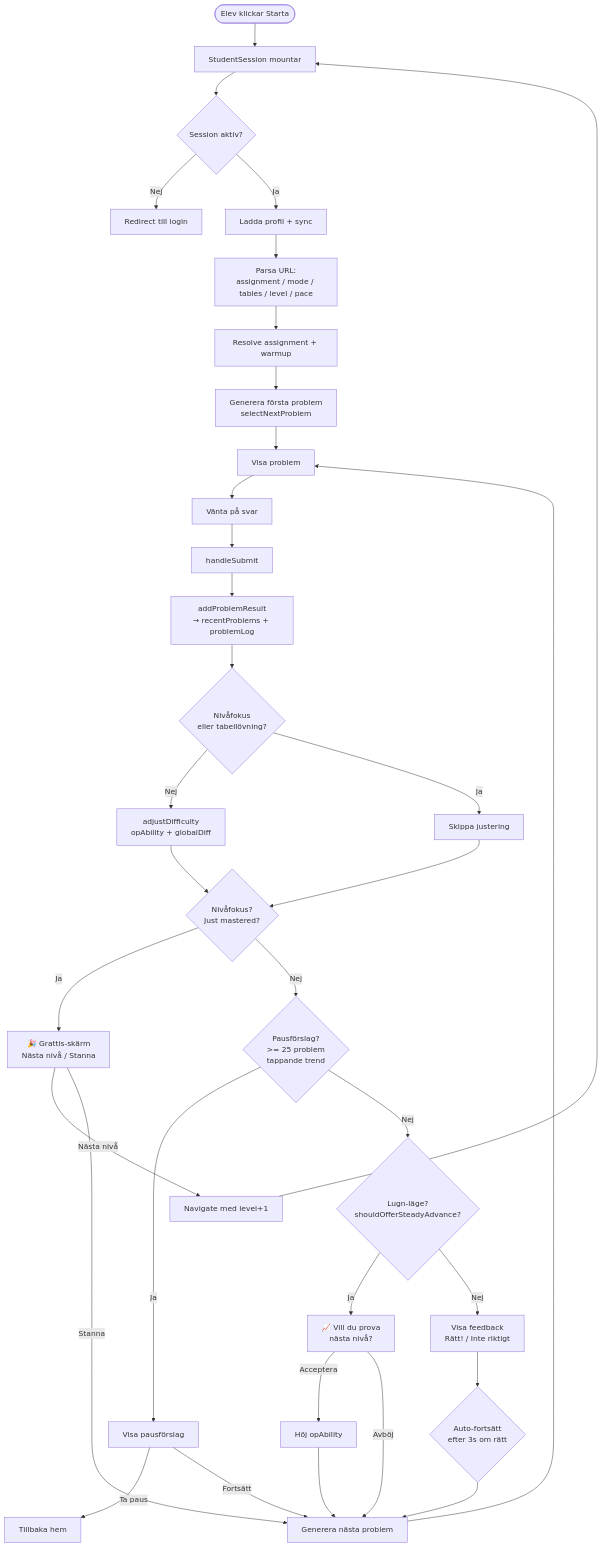
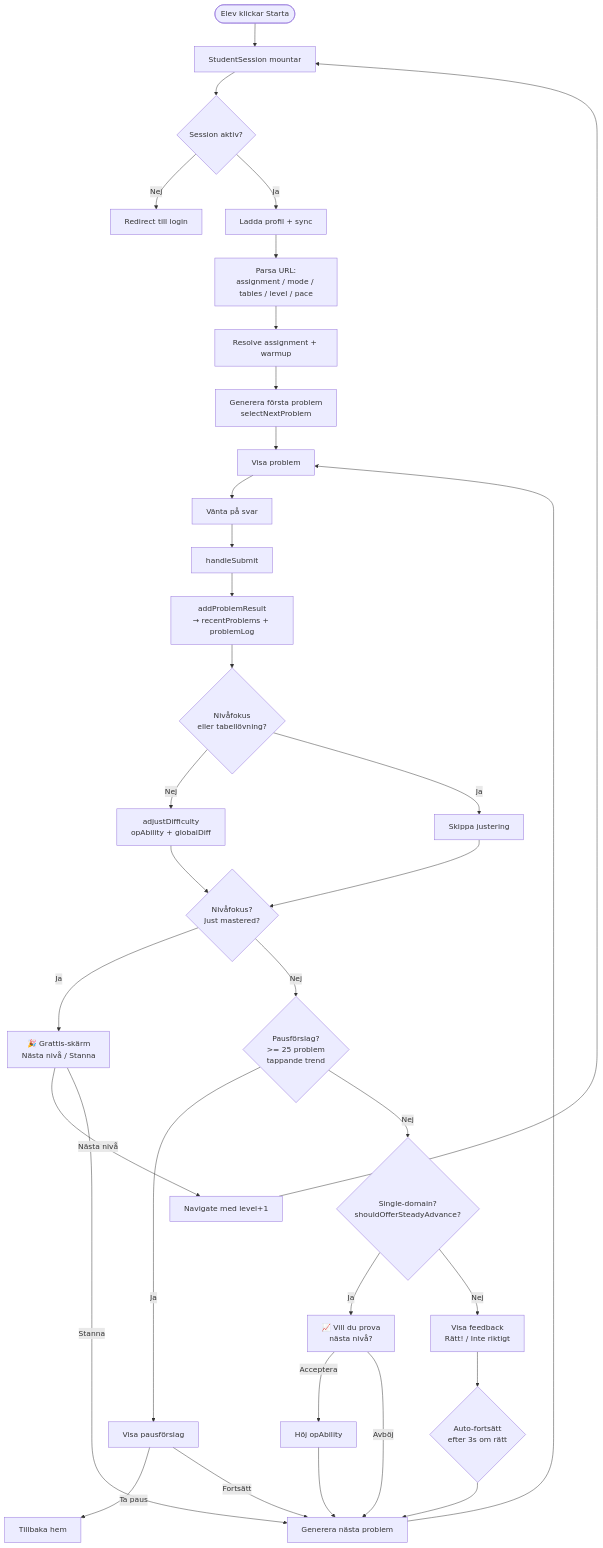
One commit to ximonse/sequential_math changed diagram 11 of 13 in docs/data-flow.md. Above: the diagram before and after it, drawn with Mermaid. The commit also changed other lines of this file and 7 other files, not shown here.

````diff
--- a/docs/data-flow.md
+++ b/docs/data-flow.md
@@ -490,42 +490,42 @@
 ```mermaid
 flowchart TD
     Click([Elev klickar Starta]) --> Mount[StudentSession mountar]
     Mount --> Auth{Session aktiv?}
     Auth -->|Nej| Redirect[Redirect till login]
     Auth -->|Ja| Load[Ladda profil + sync]
     Load --> ParseParams[Parsa URL:<br/>assignment / mode / tables / level / pace]
     ParseParams --> ResolveMeta[Resolve assignment + warmup]
 
     ResolveMeta --> GenFirst[Generera första problem<br/>selectNextProblem]
     GenFirst --> Display[Visa problem]
 
     Display --> Wait[Vänta på svar]
     Wait --> Submit[handleSubmit]
 
     Submit --> Record[addProblemResult<br/>→ recentProblems + problemLog]
     Record --> Adjust{Nivåfokus<br/>eller tabellövning?}
     Adjust -->|Nej| AdjustDiff[adjustDifficulty<br/>opAbility + globalDiff]
     Adjust -->|Ja| SkipAdjust[Skippa justering]
 
     AdjustDiff & SkipAdjust --> CheckMastery{Nivåfokus?<br/>Just mastered?}
     CheckMastery -->|Ja| Celebrate[🎉 Grattis-skärm<br/>Nästa nivå / Stanna]
     CheckMastery -->|Nej| CheckBreak{Pausförslag?<br/>>= 25 problem<br/>tappande trend}
     CheckBreak -->|Ja| Break[Visa pausförslag]
-    CheckBreak -->|Nej| CheckAdvance{Lugn-läge?<br/>shouldOfferSteadyAdvance?}
+    CheckBreak -->|Nej| CheckAdvance{Single-domain?<br/>shouldOfferSteadyAdvance?}
     CheckAdvance -->|Ja| Advance[📈 Vill du prova<br/>nästa nivå?]
     CheckAdvance -->|Nej| Feedback[Visa feedback<br/>Rätt! / Inte riktigt]
 
     Celebrate -->|Nästa nivå| Navigate[Navigate med level+1]
     Celebrate -->|Stanna| GenNext
     Advance -->|Acceptera| BumpLevel[Höj opAbility]
     Advance -->|Avböj| GenNext
     Break -->|Ta paus| Home[Tillbaka hem]
     Break -->|Fortsätt| GenNext
 
     BumpLevel --> GenNext
     Feedback --> AutoCont{Auto-fortsätt<br/>efter 3s om rätt}
     AutoCont --> GenNext[Generera nästa problem]
     GenNext --> Display
 
     Navigate --> Mount
 ```
````
